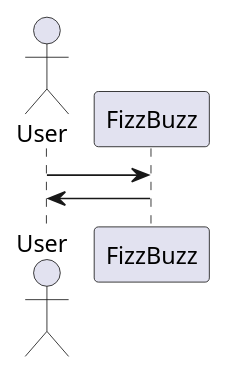
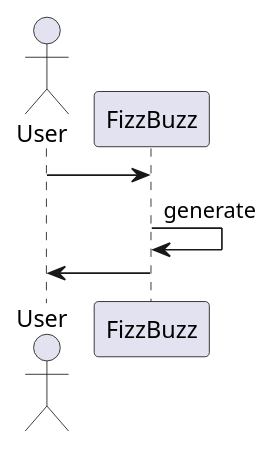
Before and after one commit to hiroshima-arc/aws_sam_nodejs_hands-on: the third of 3 diagrams in docs/src/fizz_buzz.adoc, drawn with PlantUML. The commit also changed other lines of this file and 10 other files, not shown here.

```diff
--- a/docs/src/fizz_buzz.adoc
+++ b/docs/src/fizz_buzz.adoc
@@ -39,7 +40,8 @@
 [plantuml]
 ----
 actor User
 
 User -> FizzBuzz
+FizzBuzz -> FizzBuzz :generate
 User <- FizzBuzz
 ----
```
